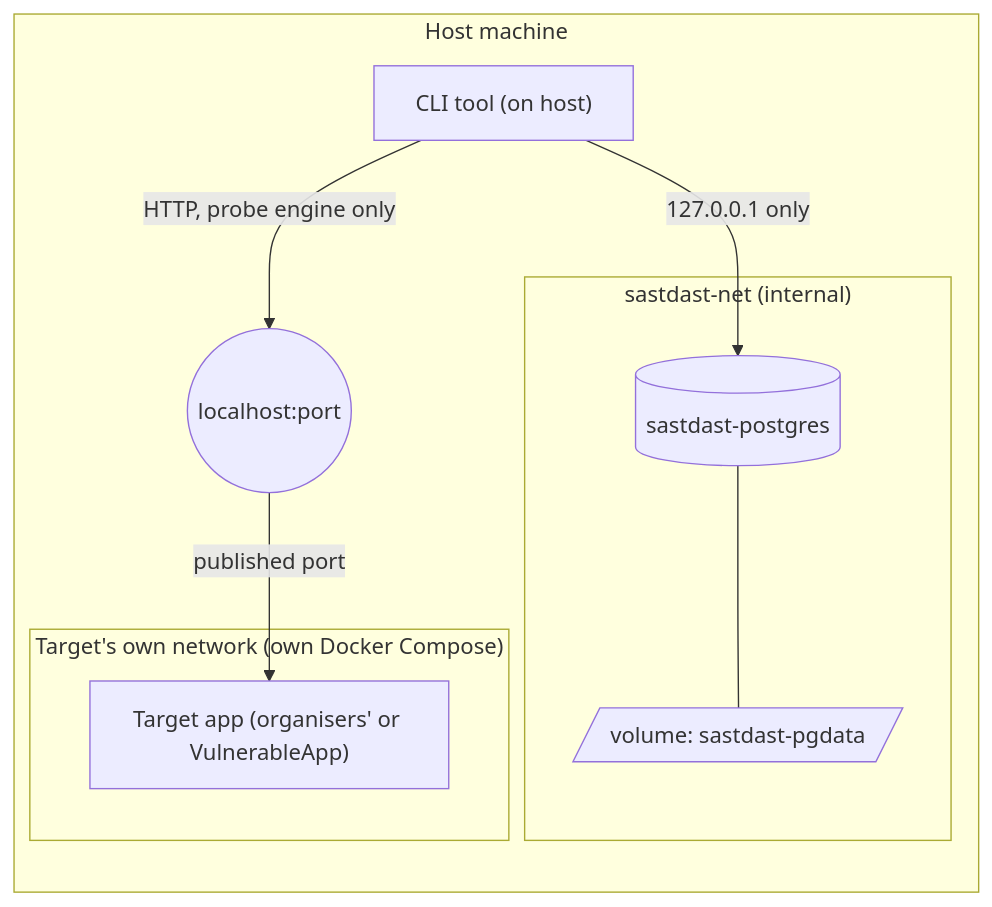
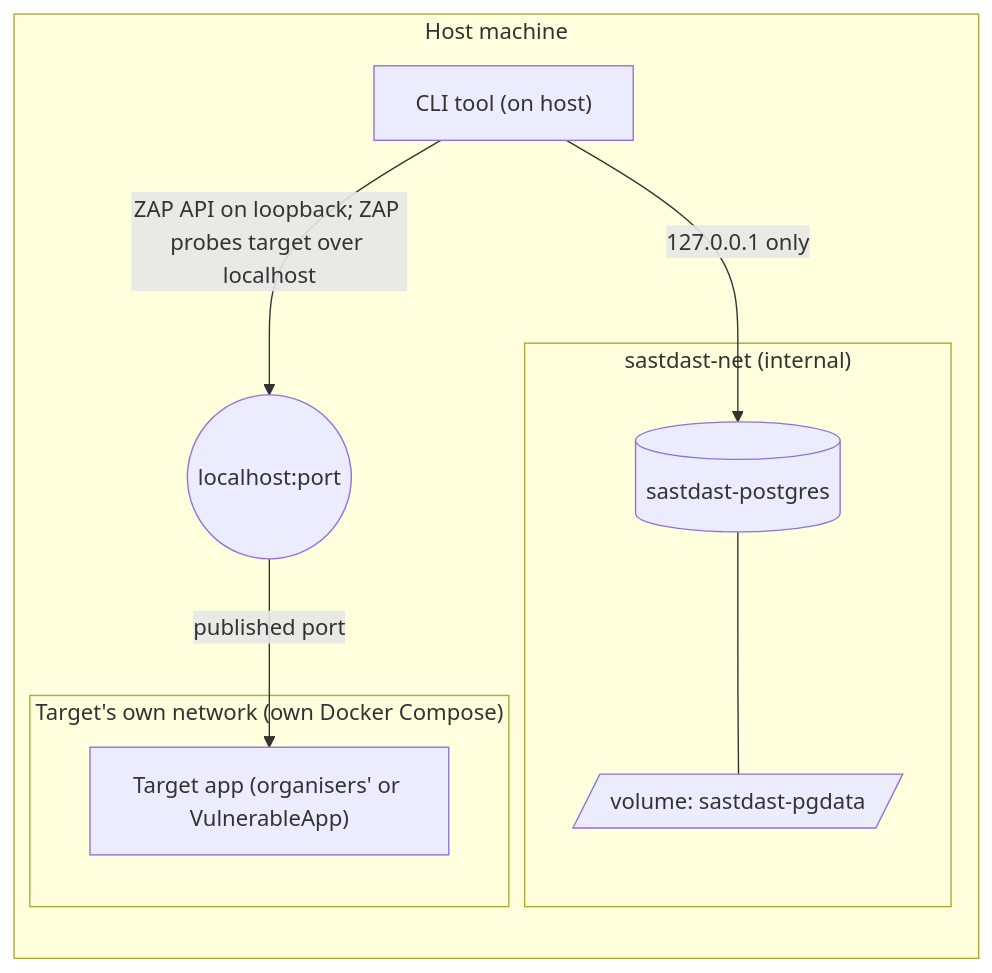
Before and after one commit to ROHITH-KUMAR-L/elenchus: the second of 2 diagrams in docs/architecture.md, drawn with Mermaid. The commit also changed other lines of this file and 6 other files, not shown here.

First line of the commit message:
Refactor documentation to reflect ZAP as the active probe engine

````diff
--- a/docs/architecture.md
+++ b/docs/architecture.md
@@ -408,18 +416,18 @@
 ```mermaid
 flowchart LR
     subgraph host[Host machine]
         cli["CLI tool (on host)"]
         subgraph ours["sastdast-net (internal)"]
             pg[("sastdast-postgres")]
             vol[/"volume: sastdast-pgdata"/]
             pg --- vol
         end
         cli -- "127.0.0.1 only" --> pg
         port(("localhost:port"))
         subgraph theirs["Target's own network (own Docker Compose)"]
             target["Target app (organisers' or VulnerableApp)"]
         end
-        cli -- HTTP, probe engine only --> port
+        cli -- "ZAP API on loopback; ZAP probes target over localhost" --> port
         port -- published port --> target
     end
 ```
````
